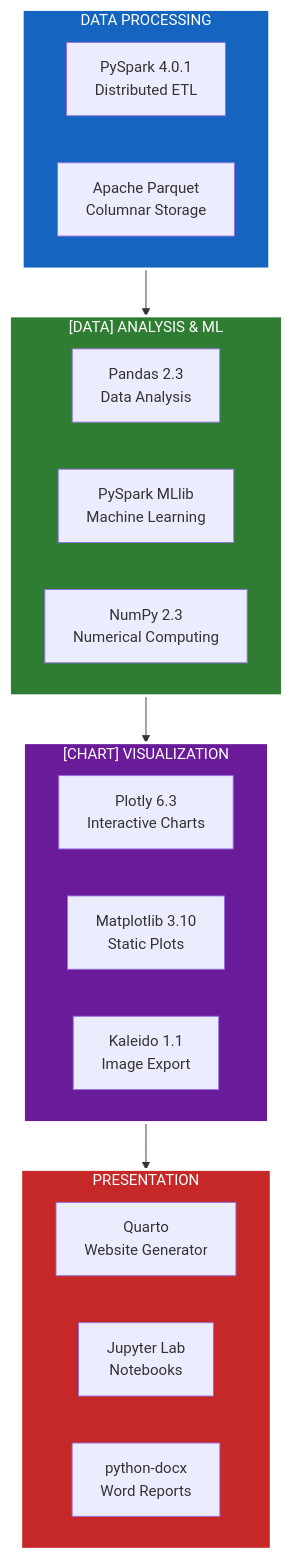
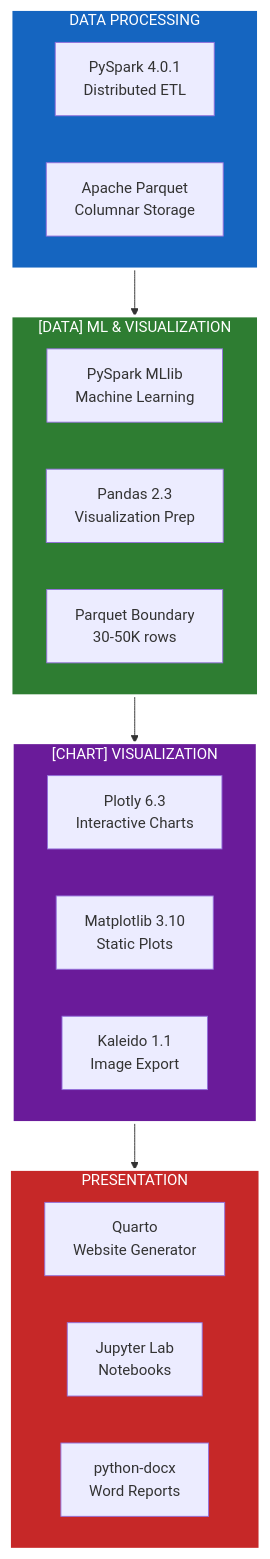
The second of 11 diagrams in ARCHITECTURE.md (samarthya/ad688-scratch), drawn with Mermaid before and after one commit. The commit also changed other lines of this file and 27 other files, not shown here.

````diff
--- a/ARCHITECTURE.md
+++ b/ARCHITECTURE.md
@@ -85,34 +90,34 @@
 ```mermaid
 graph TB
     subgraph PROCESSING[" DATA PROCESSING"]
         SPARK[PySpark 4.0.1<br/>Distributed ETL]
         PARQUET[Apache Parquet<br/>Columnar Storage]
     end
 
-    subgraph ANALYSIS["[DATA] ANALYSIS & ML"]
-        PANDAS[Pandas 2.3<br/>Data Analysis]
+    subgraph ANALYSIS["[DATA] ML & VISUALIZATION"]
         MLLIB[PySpark MLlib<br/>Machine Learning]
-        NUMPY[NumPy 2.3<br/>Numerical Computing]
+        PANDAS[Pandas 2.3<br/>Visualization Prep]
+        PARQUET_STORE[Parquet Boundary<br/>30-50K rows]
     end
 
     subgraph VISUALIZATION["[CHART] VISUALIZATION"]
         PLOTLY[Plotly 6.3<br/>Interactive Charts]
         MATPLOTLIB[Matplotlib 3.10<br/>Static Plots]
         KALEIDO[Kaleido 1.1<br/>Image Export]
     end
 
     subgraph PRESENTATION[" PRESENTATION"]
         QUARTO[Quarto<br/>Website Generator]
         JUPYTER[Jupyter Lab<br/>Notebooks]
         DOCX[python-docx<br/>Word Reports]
     end
 
     PROCESSING --> ANALYSIS
     ANALYSIS --> VISUALIZATION
     VISUALIZATION --> PRESENTATION
 
     style PROCESSING fill:#1565c0,stroke:#fff,color:#fff,stroke-width:3px
     style ANALYSIS fill:#2e7d32,stroke:#fff,color:#fff,stroke-width:3px
     style VISUALIZATION fill:#6a1b9a,stroke:#fff,color:#fff,stroke-width:3px
     style PRESENTATION fill:#c62828,stroke:#fff,color:#fff,stroke-width:3px
 ```
````
